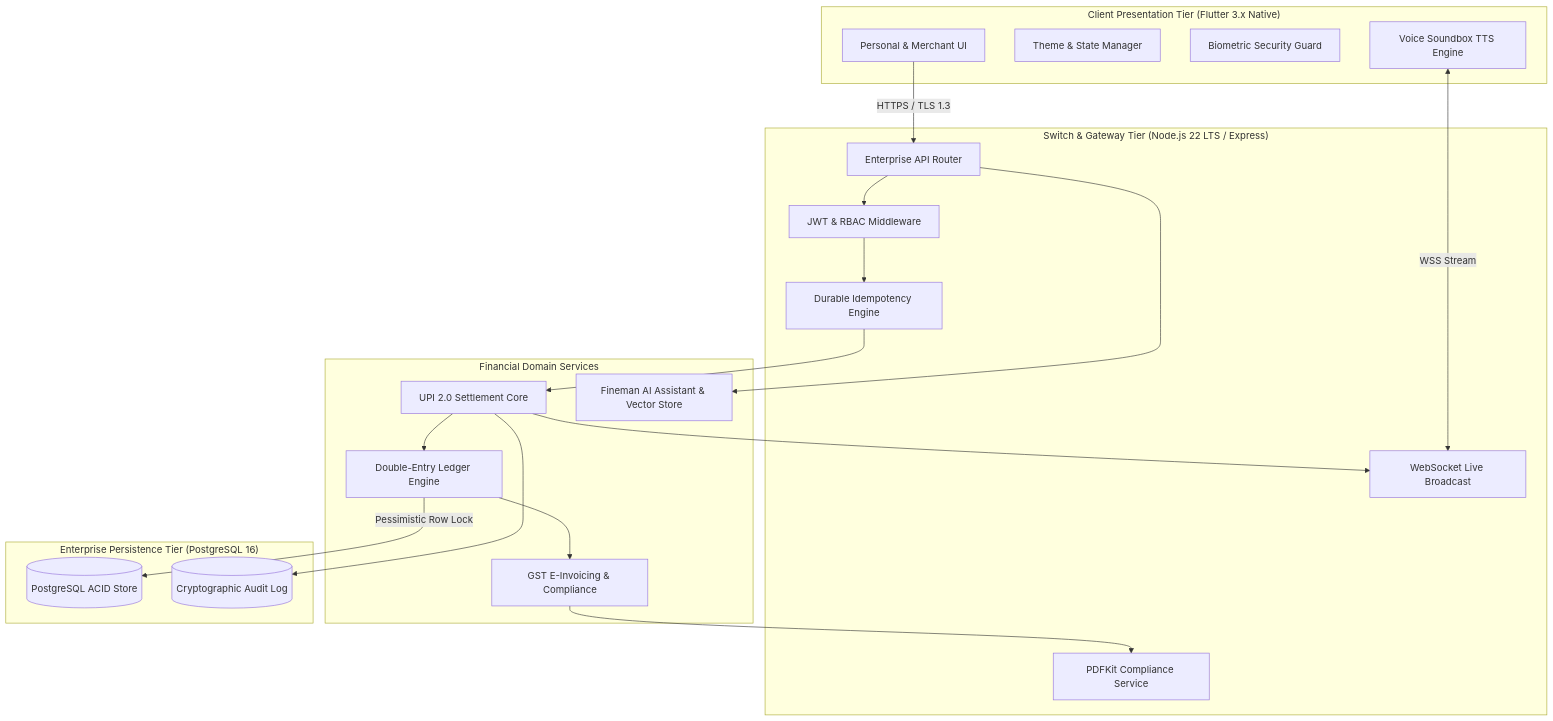
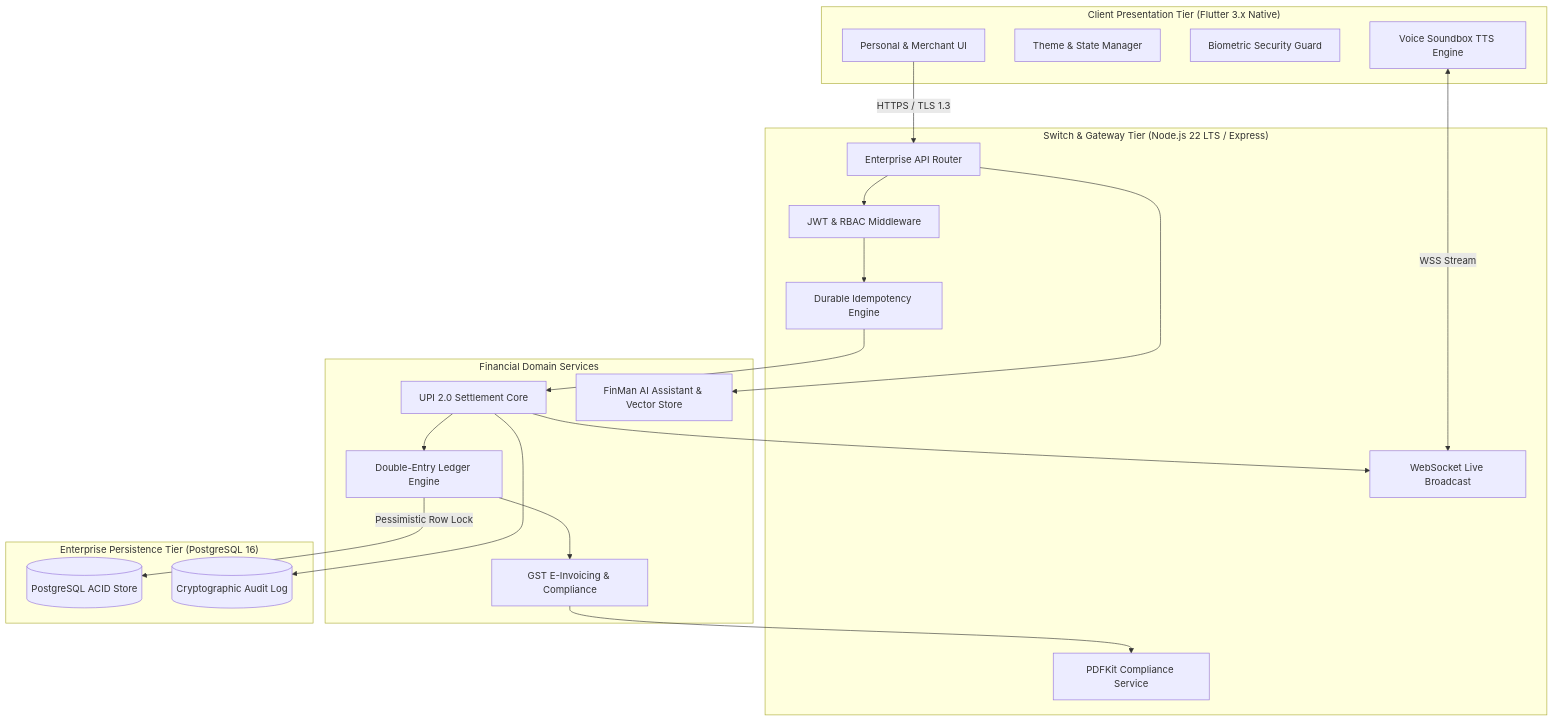
One commit to Mr-Soumo-006/Pentile_Pay_Showcase changed the diagram in README.md. Above: the diagram before and after it, drawn with Mermaid. The commit also changed other lines of this file, not shown here.

Commit message:
docs: rename AI assistant to FinMan in showcase README

````diff
--- a/README.md
+++ b/README.md
@@ -96,42 +96,42 @@
 ```mermaid
 graph TD
     subgraph Client ["Client Presentation Tier (Flutter 3.x Native)"]
         UI["Personal & Merchant UI"]
         State["Theme & State Manager"]
         Biometric["Biometric Security Guard"]
         Soundbox["Voice Soundbox TTS Engine"]
     end
 
     subgraph API ["Switch & Gateway Tier (Node.js 22 LTS / Express)"]
         Router["Enterprise API Router"]
         AuthMiddleware["JWT & RBAC Middleware"]
         IdempMiddleware["Durable Idempotency Engine"]
         WS["WebSocket Live Broadcast"]
         PDFGen["PDFKit Compliance Service"]
     end
 
     subgraph CoreServices ["Financial Domain Services"]
         SwitchCore["UPI 2.0 Settlement Core"]
         LedgerService["Double-Entry Ledger Engine"]
         TaxEngine["GST E-Invoicing & Compliance"]
-        AIRAG["Fineman AI Assistant & Vector Store"]
+        AIRAG["FinMan AI Assistant & Vector Store"]
     end
 
     subgraph Storage ["Enterprise Persistence Tier (PostgreSQL 16)"]
         PG[(PostgreSQL ACID Store)]
         AuditLog[(Cryptographic Audit Log)]
     end
 
     UI -->|HTTPS / TLS 1.3| Router
     Soundbox <-->|WSS Stream| WS
     Router --> AuthMiddleware
     AuthMiddleware --> IdempMiddleware
     IdempMiddleware --> SwitchCore
     SwitchCore --> LedgerService
     SwitchCore --> WS
     LedgerService --> TaxEngine
     TaxEngine --> PDFGen
     Router --> AIRAG
     LedgerService -->|Pessimistic Row Lock| PG
     SwitchCore --> AuditLog
 ```
````
